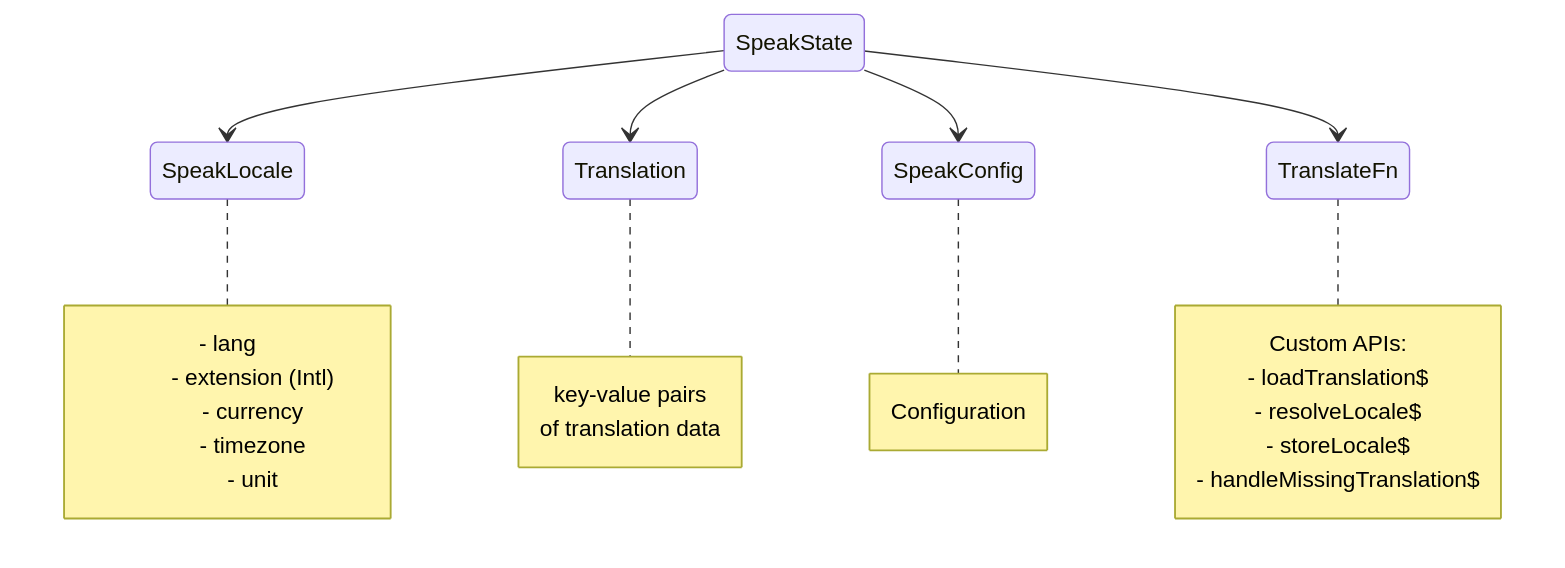
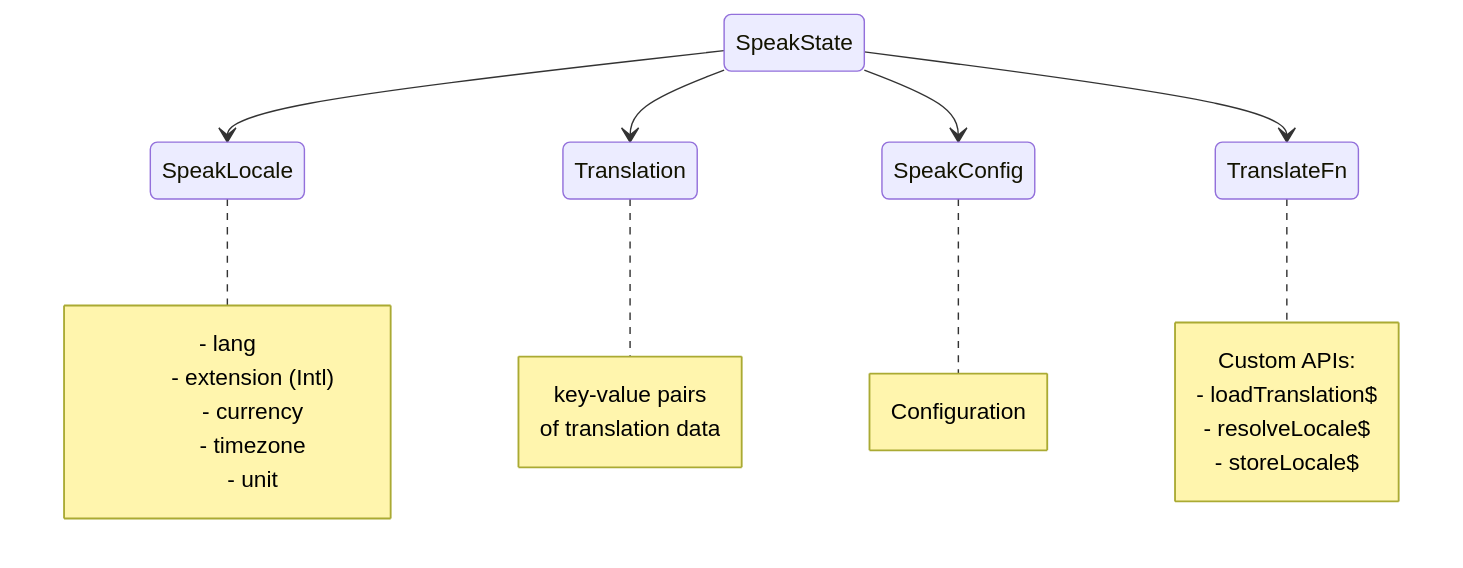
One commit to robisim74/qwik-speak changed the second of 2 diagrams in README.md. Above: the diagram before and after it, drawn with Mermaid. The commit also changed other lines of this file and 8 other files, not shown here.

````diff
--- a/README.md
+++ b/README.md
@@ -219,31 +219,30 @@
 ```mermaid
 stateDiagram-v2
     State1: SpeakState
     State2: SpeakLocale
     State3: Translation
     State4: SpeakConfig
     State5: TranslateFn
     State1 --> State2
     State1 --> State3
     State1 --> State4
     State1 --> State5
     note right of State2
         - lang
         - extension (Intl)
         - currency
         - timezone
         - unit
     end note
     note right of State3
         key-value pairs
         of translation data
     end note
     note right of State4: Configuration
     note right of State5
         Custom APIs:
         - loadTranslation$
         - resolveLocale$
         - storeLocale$
-        - handleMissingTranslation$
     end note
 ```
````
